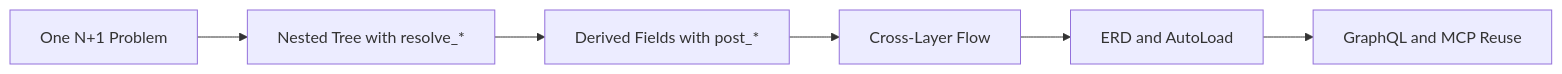
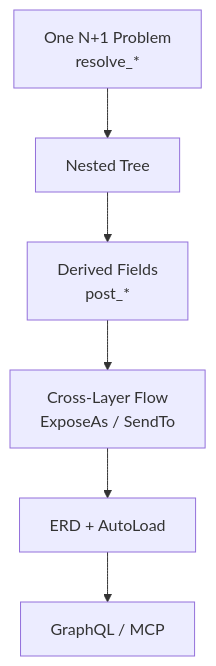
The diagram in docs/index.md (allmonday/pydantic-resolve), drawn with Mermaid before and after one commit. The commit also changed other lines of this file and 46 other files, not shown here.

First line of the commit message:
Add GraphQL and MCP service documentation in English and Chinese

````diff
--- a/docs/index.md
+++ b/docs/index.md
@@ -18,8 +27,8 @@
 ```mermaid
-flowchart LR
-	a["One N+1 Problem"] --> b["Nested Tree with resolve_*"]
-	b --> c["Derived Fields with post_*"]
-	c --> d["Cross-Layer Flow"]
-	d --> e["ERD and AutoLoad"]
-	e --> f["GraphQL and MCP Reuse"]
+flowchart TB
+    a["One N+1 Problem<br/>resolve_*"] --> b["Nested Tree"]
+    b --> c["Derived Fields<br/>post_*"]
+    c --> d["Cross-Layer Flow<br/>ExposeAs / SendTo"]
+    d --> e["ERD + AutoLoad"]
+    e --> f["GraphQL / MCP"]
 ```
````
